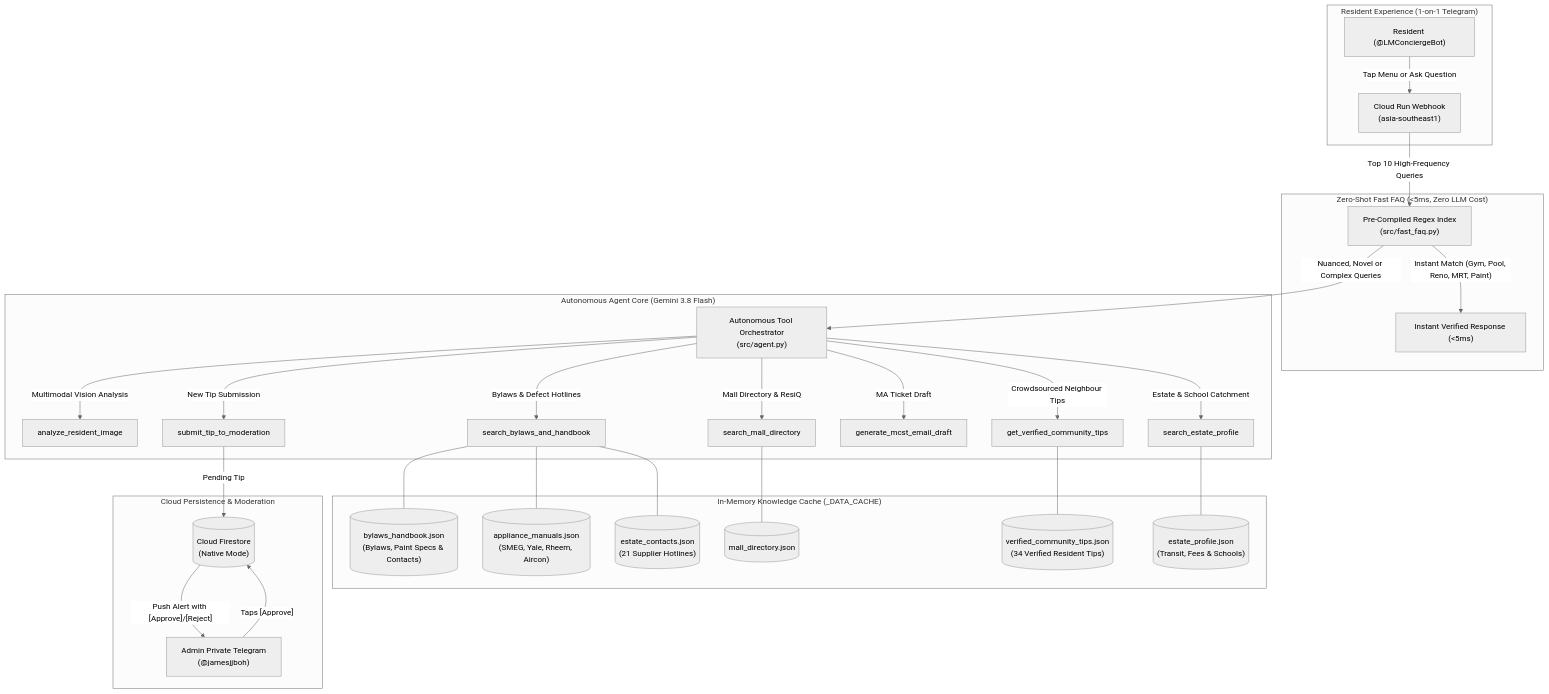
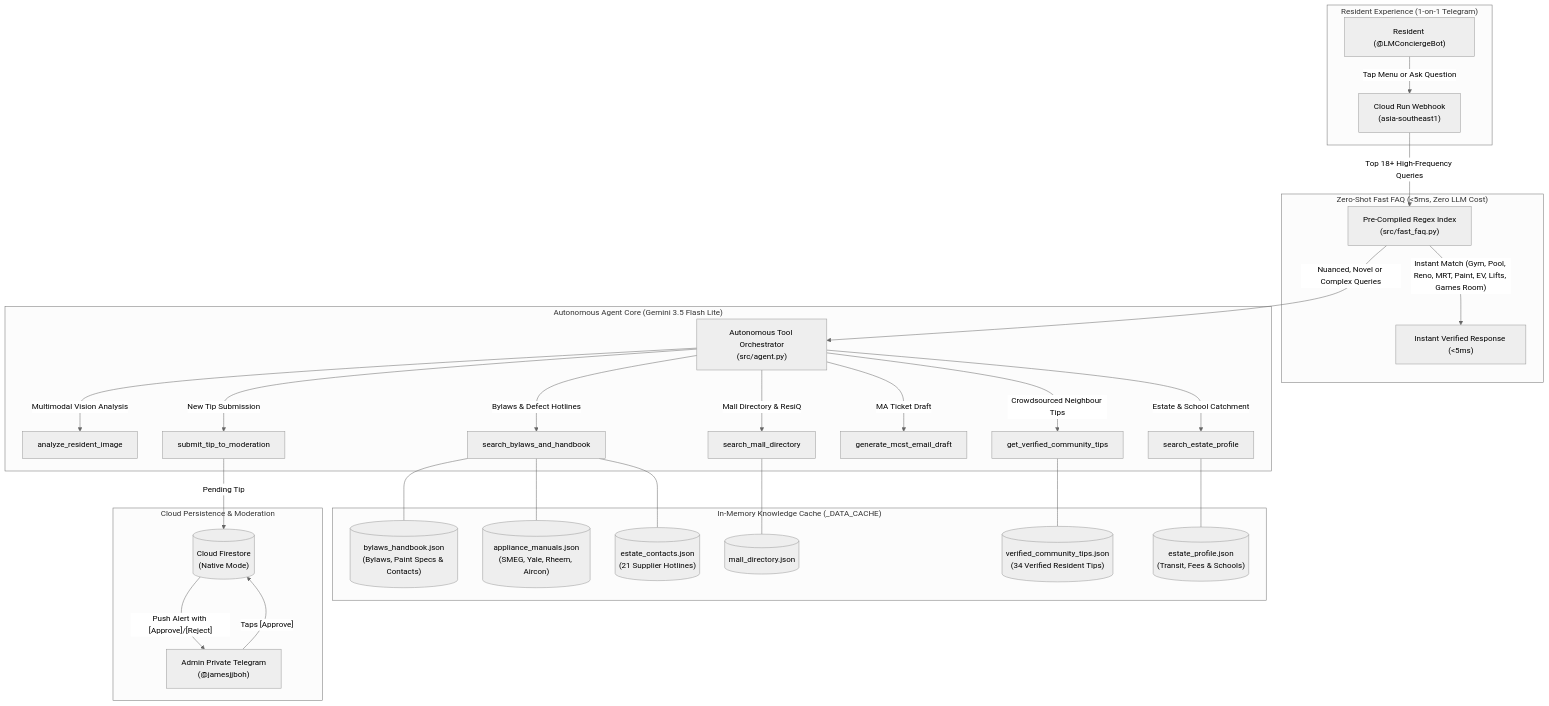
One commit to Jamesjjboh/Lentor-Modern-Concierge changed the diagram in README.md. Above: the diagram before and after it, drawn with Mermaid (neutral theme). The commit also changed other lines of this file and 1 other file, not shown here.

````diff
--- a/README.md
+++ b/README.md
@@ -28,37 +28,37 @@
 ```mermaid
 flowchart TD
     subgraph ResidentExperience["Resident Experience (1-on-1 Telegram)"]
         User["Resident (@LMConciergeBot)"] -->|"Tap Menu or Ask Question"| Webhook["Cloud Run Webhook<br/>(asia-southeast1)"]
     end
 
     subgraph FastPath["Zero-Shot Fast FAQ (<5ms, Zero LLM Cost)"]
-        Webhook -->|"Top 10 High-Frequency Queries"| FastFAQ["Pre-Compiled Regex Index<br/>(src/fast_faq.py)"]
-        FastFAQ -->|"Instant Match (Gym, Pool, Reno, MRT, Paint)"| QuickReturn["Instant Verified Response (<5ms)"]
+        Webhook -->|"Top 18+ High-Frequency Queries"| FastFAQ["Pre-Compiled Regex Index<br/>(src/fast_faq.py)"]
+        FastFAQ -->|"Instant Match (Gym, Pool, Reno, MRT, Paint, EV, Lifts, Games Room)"| QuickReturn["Instant Verified Response (<5ms)"]
     end
 
-    subgraph AgentCore["Autonomous Agent Core (Gemini 3.8 Flash)"]
+    subgraph AgentCore["Autonomous Agent Core (Gemini 3.5 Flash Lite)"]
         FastFAQ -->|"Nuanced, Novel or Complex Queries"| Agent["Autonomous Tool Orchestrator<br/>(src/agent.py)"]
         Agent -->|"Multimodal Vision Analysis"| Vision["analyze_resident_image"]
         Agent -->|"Bylaws & Defect Hotlines"| Tool1["search_bylaws_and_handbook"]
         Agent -->|"Mall Directory & ResiQ"| Tool2["search_mall_directory"]
         Agent -->|"Crowdsourced Neighbour Tips"| Tool3["get_verified_community_tips"]
         Agent -->|"MA Ticket Draft"| Tool4["generate_mcst_email_draft"]
         Agent -->|"New Tip Submission"| Tool5["submit_tip_to_moderation"]
         Agent -->|"Estate & School Catchment"| Tool7["search_estate_profile"]
     end
 
     subgraph KnowledgeData["In-Memory Knowledge Cache (_DATA_CACHE)"]
         Tool1 --- K1[("bylaws_handbook.json<br/>(Bylaws, Paint Specs & Contacts)")]
         Tool1 --- K4[("appliance_manuals.json<br/>(SMEG, Yale, Rheem, Aircon)")]
         Tool1 --- K5[("estate_contacts.json<br/>(21 Supplier Hotlines)")]
         Tool2 --- K2[("mall_directory.json")]
         Tool3 --- K3[("verified_community_tips.json<br/>(34 Verified Resident Tips)")]
         Tool7 --- K6[("estate_profile.json<br/>(Transit, Fees & Schools)")]
     end
 
     subgraph DatabaseLayer["Cloud Persistence & Moderation"]
         Tool5 -->|"Pending Tip"| Firestore[("Cloud Firestore<br/>(Native Mode)")]
         Firestore -->|"Push Alert with [Approve]/[Reject]"| Admin["Admin Private Telegram<br/>(@jamesjjboh)"]
         Admin -->|"Taps [Approve]"| Firestore
     end
 ```
````
